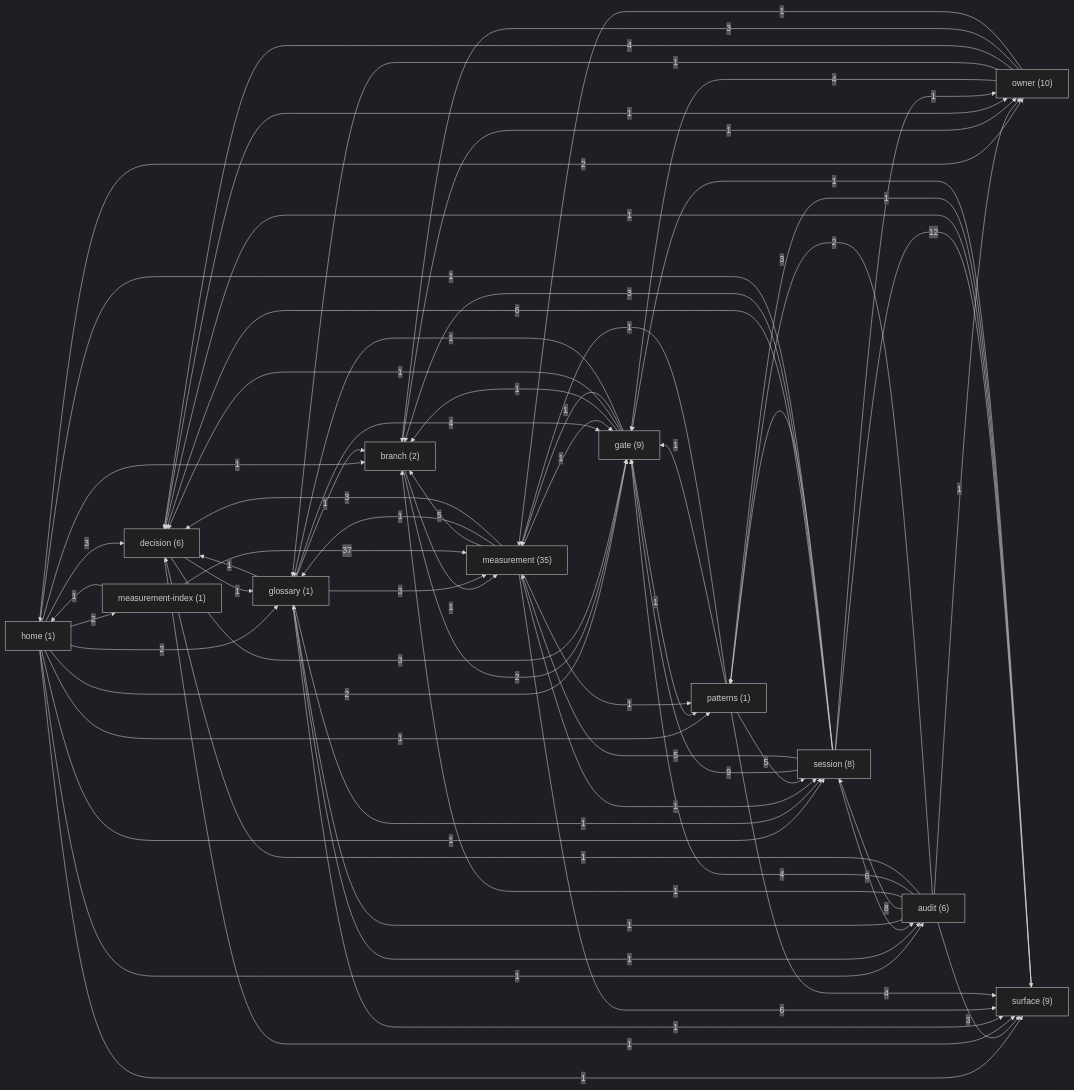
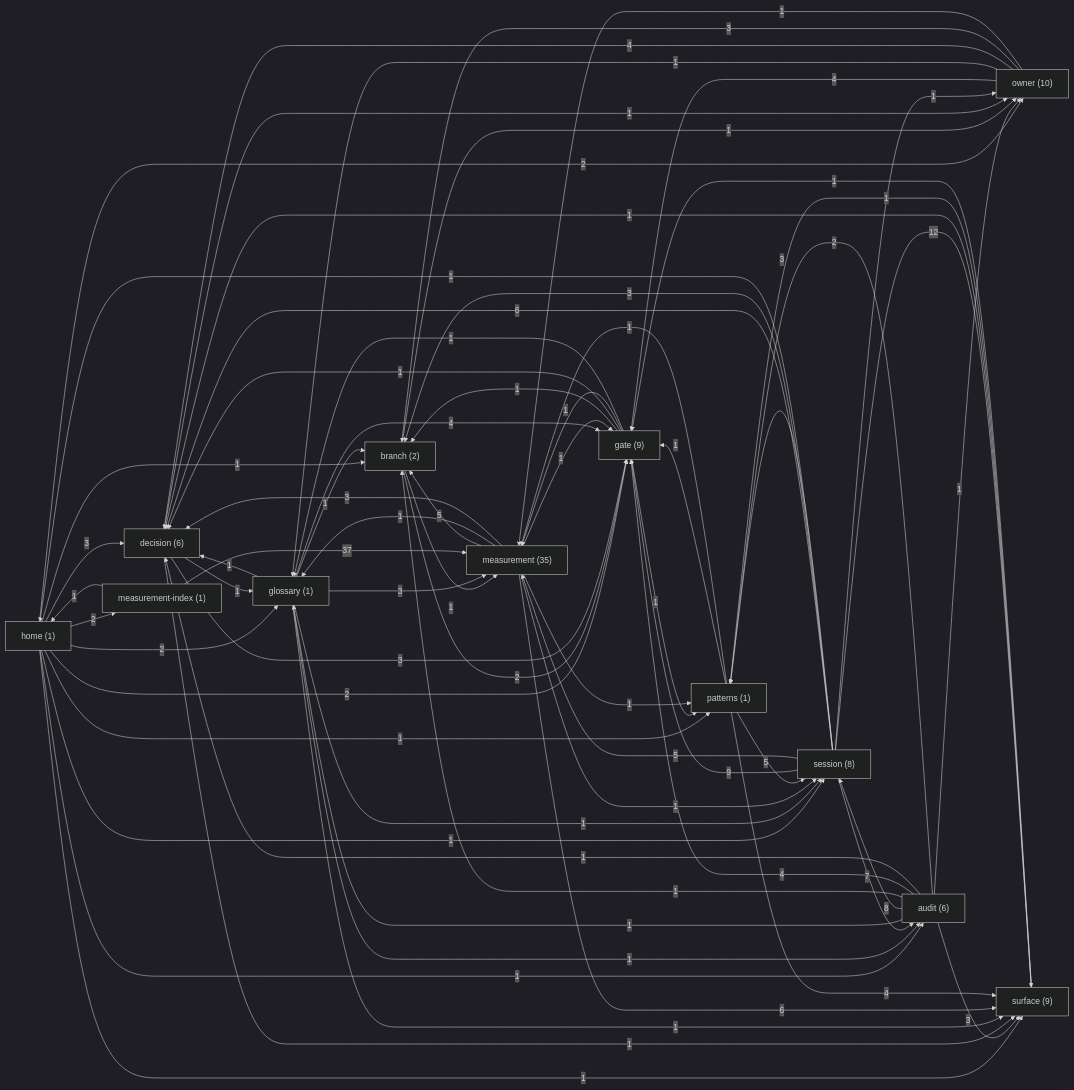
The diagram in docs/brain/GRAPH.md (sergey9519546/STORYMACHINE), drawn with Mermaid (dark theme) before and after one commit. The commit also changed other lines of this file and 7 other files, not shown here.

````diff
--- a/docs/brain/GRAPH.md
+++ b/docs/brain/GRAPH.md
@@ -9,82 +9,82 @@
 ```mermaid
 graph LR
   home["home (1)"]
   audit["audit (6)"]
   branch["branch (2)"]
   decision["decision (6)"]
   gate["gate (9)"]
   glossary["glossary (1)"]
   measurement["measurement (35)"]
   measurement_index["measurement-index (1)"]
   owner["owner (10)"]
   patterns["patterns (1)"]
   session["session (8)"]
   surface["surface (9)"]
   home -->|3| decision
   home -->|2| glossary
   home -->|2| gate
   home -->|2| measurement_index
   home -->|2| owner
   home -->|1| surface
   home -->|1| session
   home -->|1| audit
   home -->|1| branch
   home -->|1| patterns
   audit -->|1| glossary
   audit -->|8| session
   audit -->|1| branch
   audit -->|4| gate
   audit -->|1| decision
   audit -->|2| patterns
   audit -->|1| owner
   audit -->|3| surface
   branch -->|1| measurement
   branch -->|2| gate
   branch -->|1| owner
   decision -->|1| glossary
   decision -->|3| gate
   decision -->|1| surface
   decision -->|1| owner
   gate -->|1| branch
   gate -->|1| decision
   gate -->|1| measurement
   gate -->|1| patterns
   gate -->|1| glossary
   glossary -->|1| branch
   glossary -->|3| measurement
   glossary -->|1| surface
   glossary -->|4| gate
   glossary -->|1| session
   glossary -->|1| decision
   glossary -->|1| audit
   measurement -->|5| branch
   measurement -->|1| gate
   measurement -->|1| glossary
   measurement -->|1| session
   measurement -->|3| decision
   measurement -->|1| patterns
   measurement -->|6| surface
   measurement_index -->|1| home
   measurement_index -->|37| measurement
   owner -->|4| gate
   owner -->|1| glossary
   owner -->|4| decision
   owner -->|3| branch
   owner -->|1| measurement
   patterns -->|5| session
   patterns -->|4| surface
   patterns -->|1| gate
   patterns -->|1| measurement
   session -->|9| gate
-  session -->|6| audit
+  session -->|7| audit
   session -->|5| measurement
   session -->|6| decision
   session -->|12| surface
   session -->|3| branch
   session -->|1| home
   session -->|3| patterns
   session -->|1| owner
   surface -->|1| decision
   surface -->|1| patterns
   surface -->|1| gate
 ```
````
